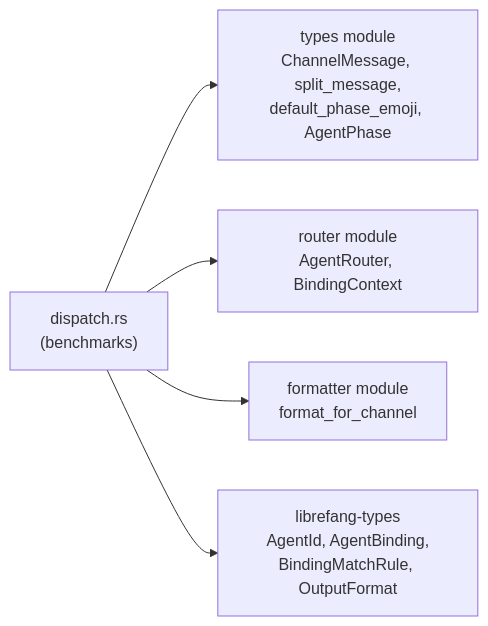
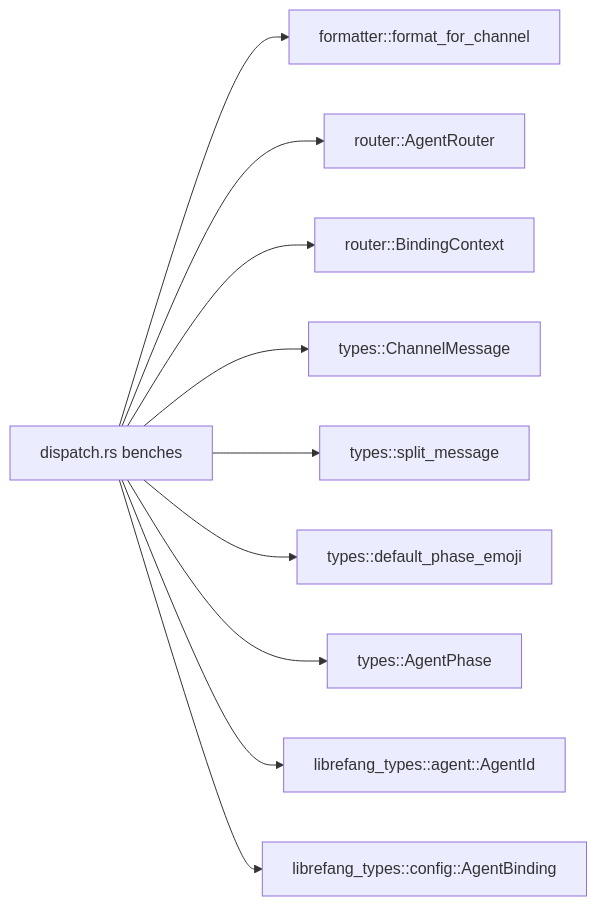
The diagram in other-librefang-channels-benches.md (leszek3737/librefang-WIki), drawn with Mermaid before and after one commit. The commit also changed other lines of this file and 128 other files, not shown here.

````diff
--- a/other-librefang-channels-benches.md
+++ b/other-librefang-channels-benches.md
@@ -82,8 +103,12 @@
 ```mermaid
 graph LR
-    dispatch_rs["dispatch.rs<br/>(benchmarks)"]
-    dispatch_rs --> types["types module<br/>ChannelMessage, split_message,<br/>default_phase_emoji, AgentPhase"]
-    dispatch_rs --> router["router module<br/>AgentRouter, BindingContext"]
-    dispatch_rs --> formatter["formatter module<br/>format_for_channel"]
-    dispatch_rs --> librefang_types["librefang-types<br/>AgentId, AgentBinding,<br/>BindingMatchRule, OutputFormat"]
+    B[dispatch.rs benches] --> F[formatter::format_for_channel]
+    B --> R[router::AgentRouter]
+    B --> R2[router::BindingContext]
+    B --> T[types::ChannelMessage]
+    B --> T2[types::split_message]
+    B --> T3[types::default_phase_emoji]
+    B --> T4[types::AgentPhase]
+    B --> C[librefang_types::agent::AgentId]
+    B --> C2[librefang_types::config::AgentBinding]
 ```
````
